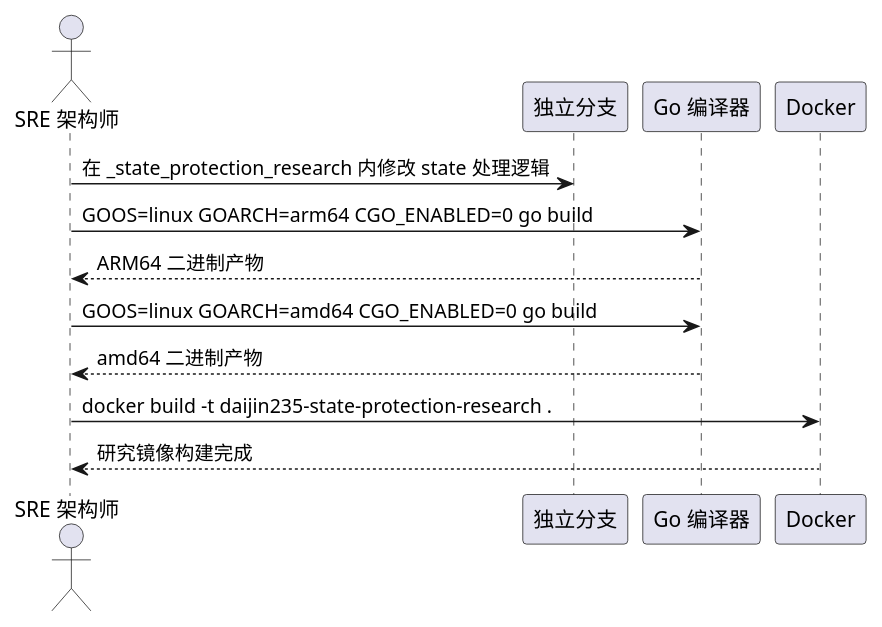
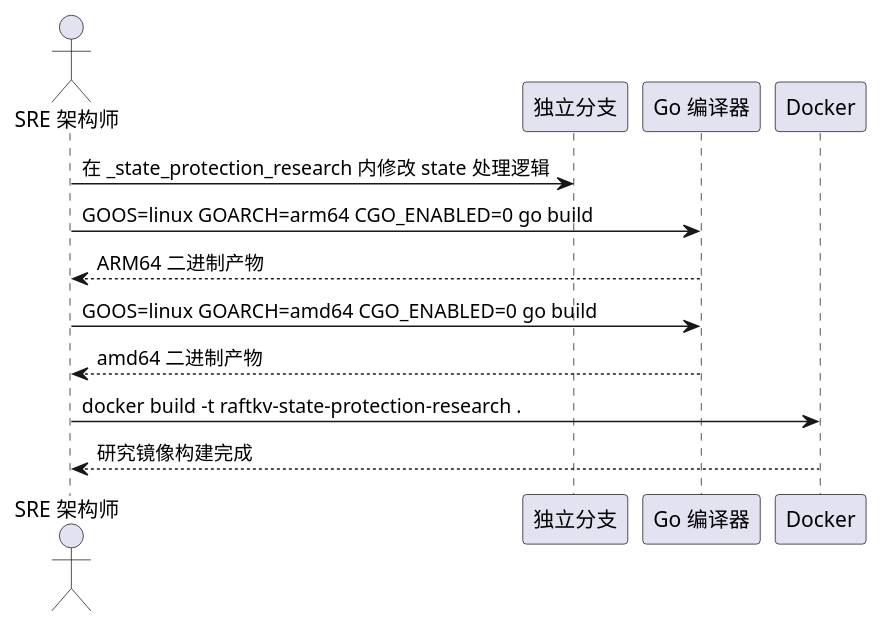
The fifth of 6 diagrams in _state_protection_research/spec.md (raftkv/raftkv), drawn with PlantUML before and after one commit. The commit also changed other lines of this file and 369 other files, not shown here.

````diff
--- a/_state_protection_research/spec.md
+++ b/_state_protection_research/spec.md
@@ -343,17 +343,17 @@
 ```plantuml
 @startuml
 actor "SRE 架构师" as sre
 participant "独立分支" as branch
 participant "Go 编译器" as compiler
 participant "Docker" as docker
 
 sre -> branch : 在 _state_protection_research 内修改 state 处理逻辑
 sre -> compiler : GOOS=linux GOARCH=arm64 CGO_ENABLED=0 go build
 compiler --> sre : ARM64 二进制产物
 sre -> compiler : GOOS=linux GOARCH=amd64 CGO_ENABLED=0 go build
 compiler --> sre : amd64 二进制产物
-sre -> docker : docker build -t daijin235-state-protection-research .
+sre -> docker : docker build -t raftkv-state-protection-research .
 docker --> sre : 研究镜像构建完成
 
 @enduml
 ```
````
